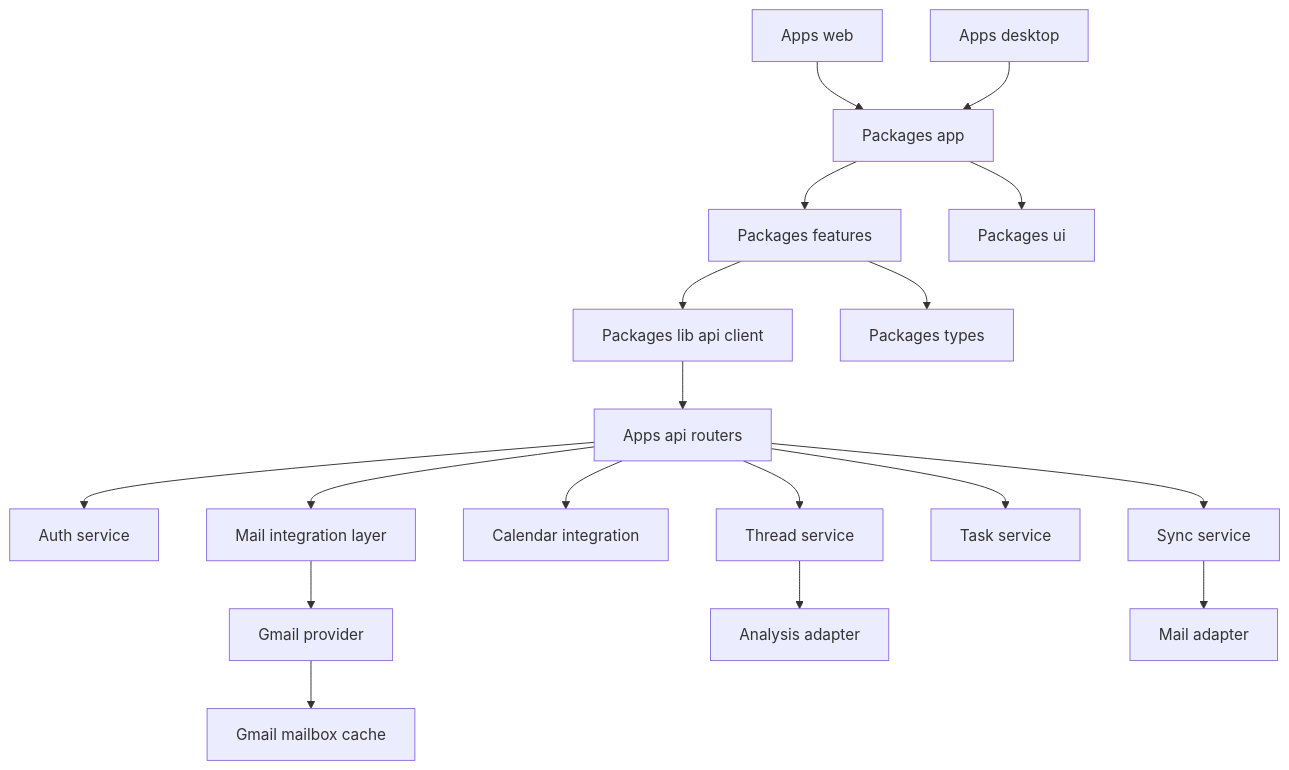
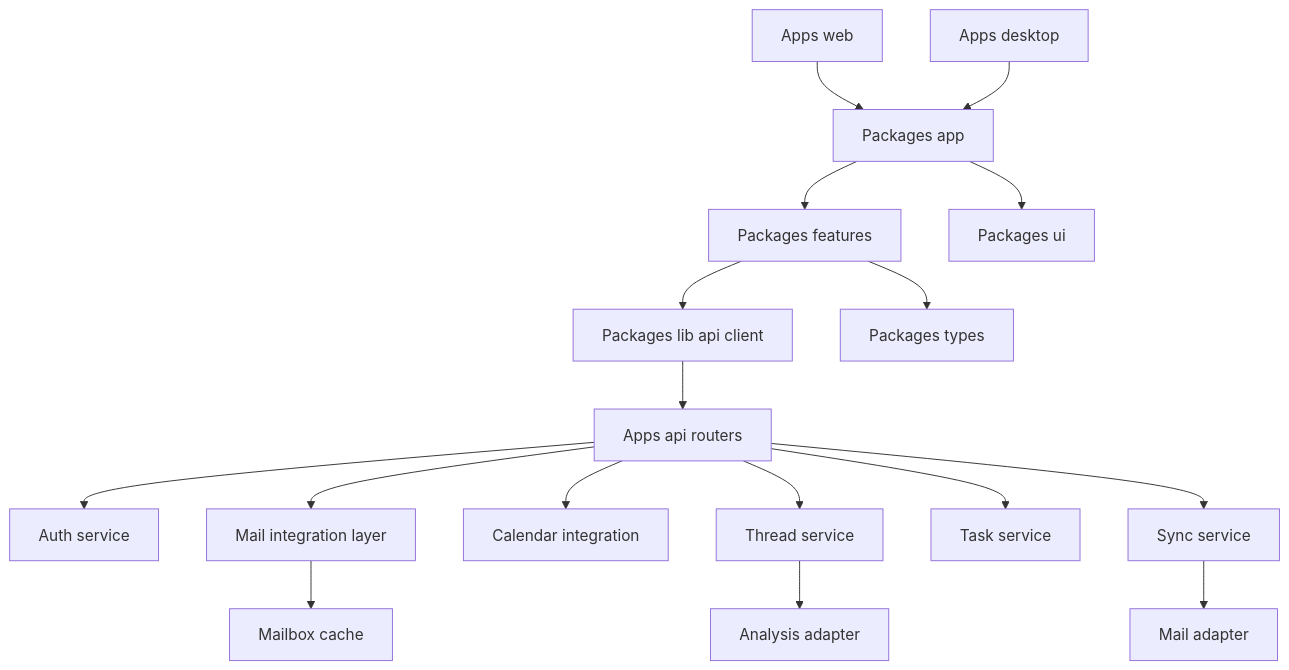
Before and after one commit to ruoliu2/InboxOS: the diagram in docs/architecture/component-overview.md, drawn with Mermaid. The commit also changed other lines of this file and 2 other files, not shown here.

Commit message:
Preserve generic wording in high-level mail docs

````diff
--- a/docs/architecture/component-overview.md
+++ b/docs/architecture/component-overview.md
@@ -7,20 +7,19 @@
 ```mermaid
 graph TD
 A1["Apps web"] --> B1["Packages app"]
 A2["Apps desktop"] --> B1
 B1 --> C1["Packages features"]
 B1 --> D1["Packages ui"]
 C1 --> E1["Packages lib api client"]
 C1 --> F1["Packages types"]
 E1 --> G1["Apps api routers"]
 G1 --> H1["Auth service"]
 G1 --> I1["Mail integration layer"]
-I1 --> J1["Gmail provider"]
-J1 --> K1["Gmail mailbox cache"]
-G1 --> L1["Calendar integration"]
-G1 --> M1["Thread service"]
-G1 --> N1["Task service"]
-G1 --> O1["Sync service"]
-M1 --> P1["Analysis adapter"]
-O1 --> Q1["Mail adapter"]
+I1 --> J1["Mailbox cache"]
+G1 --> K1["Calendar integration"]
+G1 --> L1["Thread service"]
+G1 --> M1["Task service"]
+G1 --> N1["Sync service"]
+L1 --> O1["Analysis adapter"]
+N1 --> P1["Mail adapter"]
 ```
````
